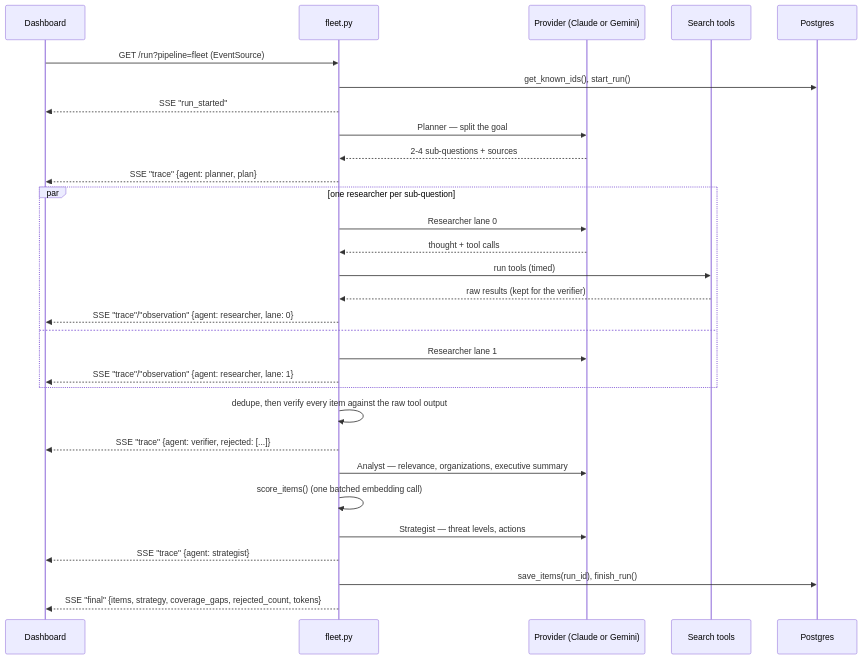
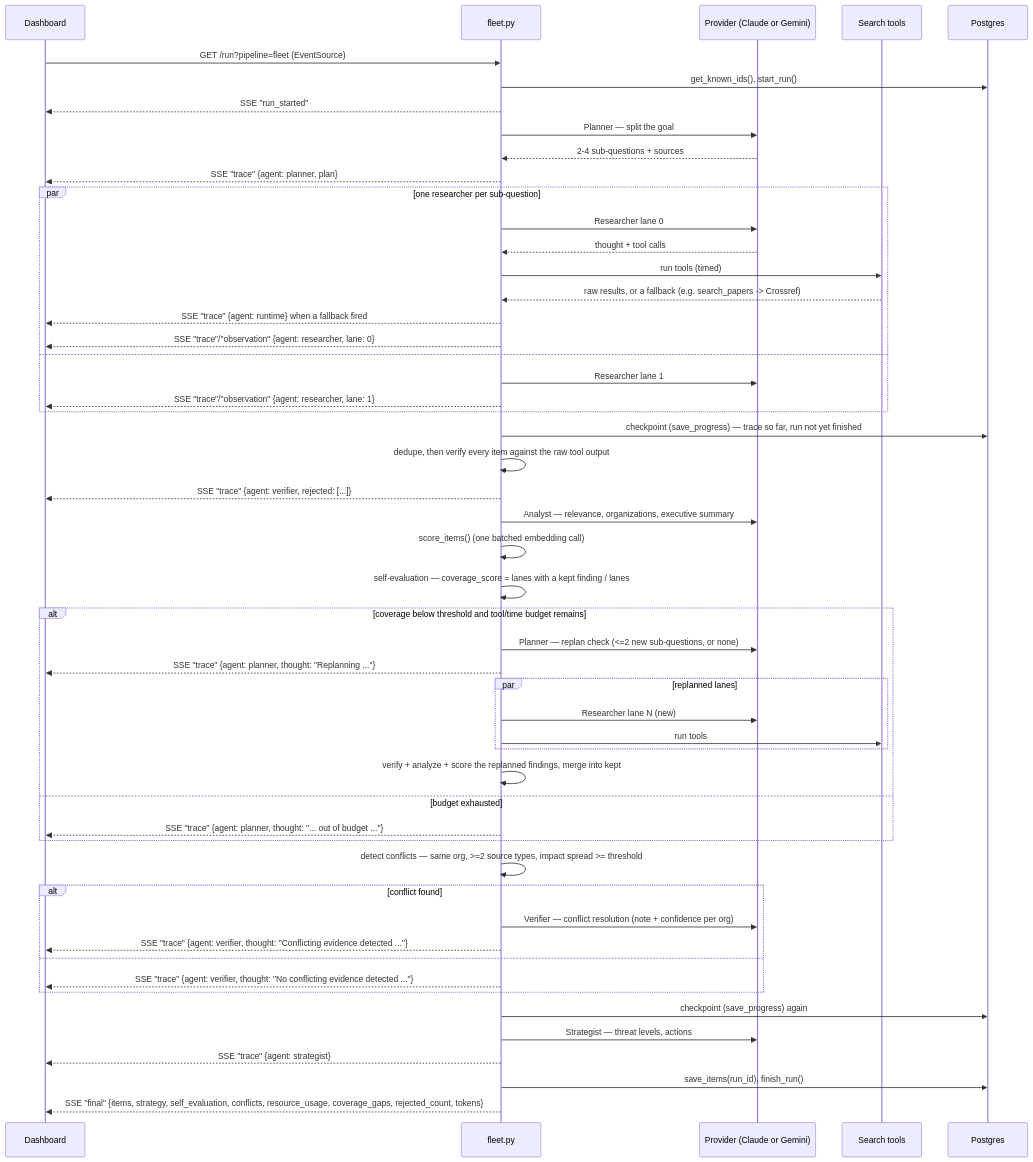
One commit to ByteNinjaSmit/Agentx changed the third of 7 diagrams in docs/ARCHITECTURE.md. Above: the diagram before and after it, drawn with Mermaid. The commit also changed other lines of this file and 8 other files, not shown here.

First line of the commit message:
feat: real Agent Runtime page, live agent graph, mission-card landing

````diff
--- a/docs/ARCHITECTURE.md
+++ b/docs/ARCHITECTURE.md
@@ -127,33 +127,55 @@
 ```mermaid
 sequenceDiagram
     participant D as Dashboard
     participant F as fleet.py
     participant M as Provider (Claude or Gemini)
     participant T as Search tools
     participant P as Postgres
 
     D->>F: GET /run?pipeline=fleet (EventSource)
     F->>P: get_known_ids(), start_run()
     F-->>D: SSE "run_started"
     F->>M: Planner — split the goal
     M-->>F: 2-4 sub-questions + sources
     F-->>D: SSE "trace" {agent: planner, plan}
     par one researcher per sub-question
         F->>M: Researcher lane 0
         M-->>F: thought + tool calls
         F->>T: run tools (timed)
-        T-->>F: raw results (kept for the verifier)
+        T-->>F: raw results, or a fallback (e.g. search_papers -> Crossref)
+        F-->>D: SSE "trace" {agent: runtime} when a fallback fired
         F-->>D: SSE "trace"/"observation" {agent: researcher, lane: 0}
     and
         F->>M: Researcher lane 1
         F-->>D: SSE "trace"/"observation" {agent: researcher, lane: 1}
     end
+    F->>P: checkpoint (save_progress) — trace so far, run not yet finished
     F->>F: dedupe, then verify every item against the raw tool output
     F-->>D: SSE "trace" {agent: verifier, rejected: [...]}
     F->>M: Analyst — relevance, organizations, executive summary
     F->>F: score_items() (one batched embedding call)
+    F->>F: self-evaluation — coverage_score = lanes with a kept finding / lanes
+    alt coverage below threshold and tool/time budget remains
+        F->>M: Planner — replan check (<=2 new sub-questions, or none)
+        F-->>D: SSE "trace" {agent: planner, thought: "Replanning ..."}
+        par replanned lanes
+            F->>M: Researcher lane N (new)
+            F->>T: run tools
+        end
+        F->>F: verify + analyze + score the replanned findings, merge into kept
+    else budget exhausted
+        F-->>D: SSE "trace" {agent: planner, thought: "... out of budget ..."}
+    end
+    F->>F: detect conflicts — same org, >=2 source types, impact spread >= threshold
+    alt conflict found
+        F->>M: Verifier — conflict resolution (note + confidence per org)
+        F-->>D: SSE "trace" {agent: verifier, thought: "Conflicting evidence detected ..."}
+    else
+        F-->>D: SSE "trace" {agent: verifier, thought: "No conflicting evidence detected ..."}
+    end
+    F->>P: checkpoint (save_progress) again
     F->>M: Strategist — threat levels, actions
     F-->>D: SSE "trace" {agent: strategist}
     F->>P: save_items(run_id), finish_run()
-    F-->>D: SSE "final" {items, strategy, coverage_gaps, rejected_count, tokens}
+    F-->>D: SSE "final" {items, strategy, self_evaluation, conflicts, resource_usage, coverage_gaps, rejected_count, tokens}
 ```
````
